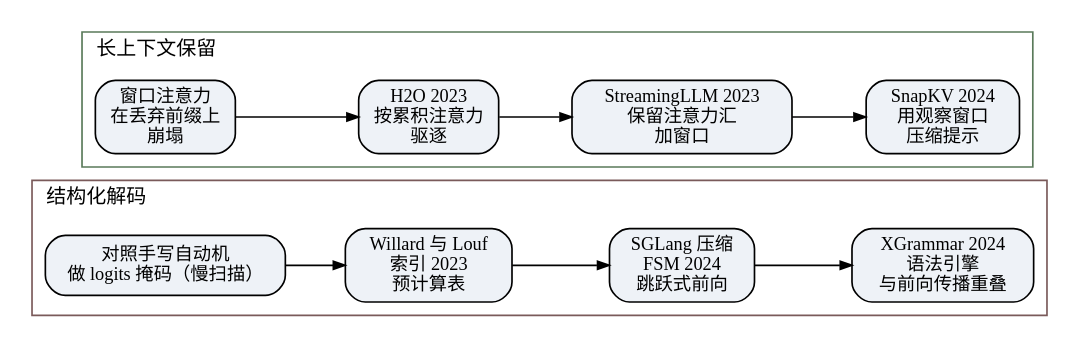
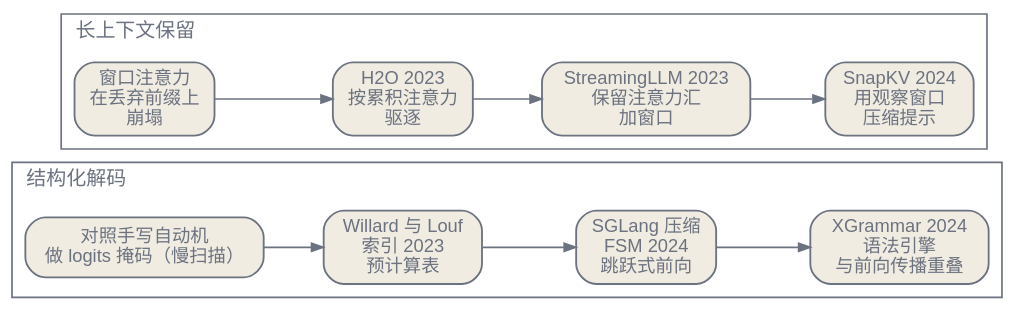
One commit to latere-ai/ai-as-an-infrastructure changed the fourth of 4 diagrams in zh/p4-inference/20-structured-long-context.qmd. Above: the diagram before and after it, drawn with Graphviz. The commit also changed other lines of this file and 186 other files, not shown here.

First line of the commit message:
book: visual audit pass on all diagrams and figures

````diff
--- a/zh/p4-inference/20-structured-long-context.qmd
+++ b/zh/p4-inference/20-structured-long-context.qmd
@@ -102,29 +98,30 @@
 ```{dot}
 //| label: fig-slc-lineage
 //| fig-cap: "两条并行的谱系：约束解码循环，与修剪缓存。每一步都消去前一步所付的某项代价。"
 digraph lineage {
+  bgcolor="transparent";
   rankdir=LR;
-  node [shape=box, style="rounded,filled", fontsize=11, fillcolor="#eef2f7", color="#456"];
-  edge [color="#789", arrowsize=0.7];
+  node [shape=box, style="rounded,filled", fontname="Helvetica", fontsize=11, fillcolor="#f1ece1", color="#6b7280", fontcolor="#6b7280", penwidth=1.1];
+  edge [color="#6b7280", fontcolor="#6b7280", arrowsize=0.7];
 
   subgraph cluster_struct {
     label="结构化解码";
-    labeljust=l; color="#7a5a5a"; fontsize=12;
+    labeljust=l; color="#6b7280"; fontcolor="#6b7280"; fontname="Helvetica"; fontsize=12;
     s1 [label="对照手写自动机\n做 logits 掩码（慢扫描）"];
     s2 [label="Willard 与 Louf\n索引 2023\n预计算表"];
     s3 [label="SGLang 压缩\nFSM 2024\n跳跃式前向"];
     s4 [label="XGrammar 2024\n语法引擎\n与前向传播重叠"];
     s1 -> s2 -> s3 -> s4;
   }
 
   subgraph cluster_ctx {
     label="长上下文保留";
-    labeljust=l; color="#5a7a5a"; fontsize=12;
+    labeljust=l; color="#6b7280"; fontcolor="#6b7280"; fontname="Helvetica"; fontsize=12;
     c1 [label="窗口注意力\n在丢弃前缀上\n崩塌"];
     c2 [label="H2O 2023\n按累积注意力\n驱逐"];
     c3 [label="StreamingLLM 2023\n保留注意力汇\n加窗口"];
     c4 [label="SnapKV 2024\n用观察窗口\n压缩提示"];
     c1 -> c2 -> c3 -> c4;
   }
 }
 ```
````
